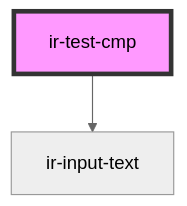
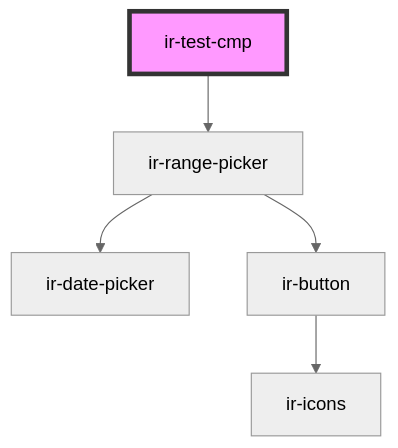
The diagram in src/components/ir-test-cmp/readme.md (David1Chowaifaty/modified-ir-webcmp), drawn with Mermaid (neutral theme) before and after one commit. The commit also changed other lines of this file and 12 other files, not shown here.

````diff
--- a/src/components/ir-test-cmp/readme.md
+++ b/src/components/ir-test-cmp/readme.md
@@ -15,5 +15,8 @@
 ```mermaid
 graph TD;
-  ir-test-cmp --> ir-input-text
+  ir-test-cmp --> ir-range-picker
+  ir-range-picker --> ir-date-picker
+  ir-range-picker --> ir-button
+  ir-button --> ir-icons
   style ir-test-cmp fill:#f9f,stroke:#333,stroke-width:4px
 ```
````
